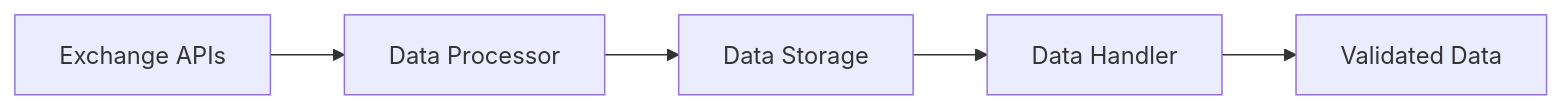
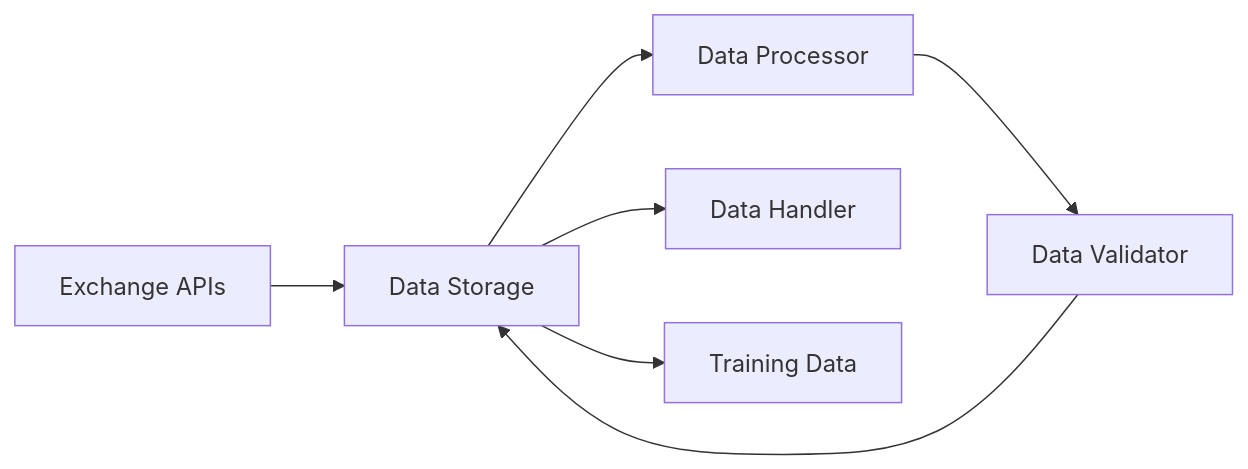
One commit to xRetr00/Data-Kitchen changed the diagram in README.md. Above: the diagram before and after it, drawn with Mermaid.

````diff
--- a/README.md
+++ b/README.md
@@ -50,7 +50,9 @@
 ```mermaid
 graph LR
-    A[Exchange APIs] --> B[Data Processor]
-    B --> C[Data Storage]
-    C --> D[Data Handler]
-    D --> E[Validated Data]
+    A[Exchange APIs] --> C[Data Storage]
+    C --> D[Data Processor]
+    D --> E[Data Validator]
+    E --> C[Data Storage]
+    C --> F[Data Handler]
+    C --> G[Training Data]
 ```
````
